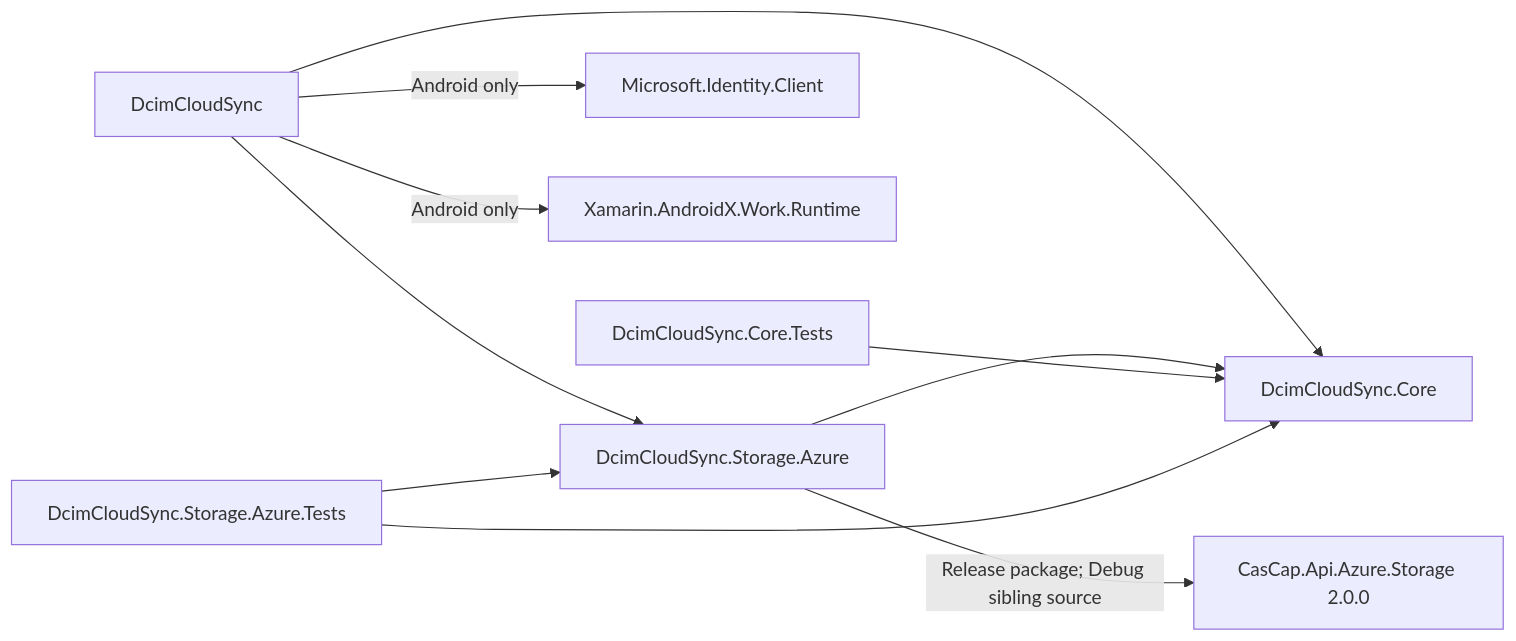
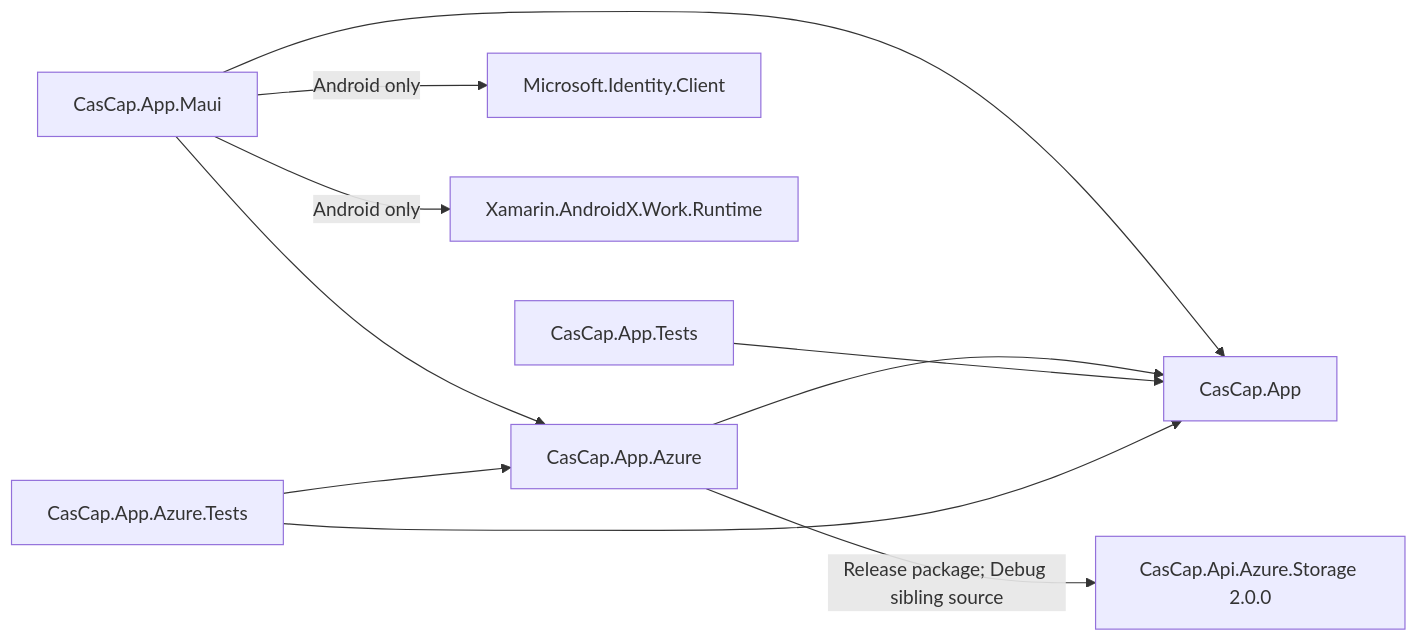
Before and after one commit to f2calv/android-dcim-cloud-sync: the second of 3 diagrams in docs/architecture.md, drawn with Mermaid. The commit also changed other lines of this file and 113 other files, not shown here.

First line of the commit message:
refactor: move namespaces to CasCap and update project references

````diff
--- a/docs/architecture.md
+++ b/docs/architecture.md
@@ -32,12 +32,12 @@
 ```mermaid
 graph LR
-    App["DcimCloudSync"] --> Core["DcimCloudSync.Core"]
-    App --> Azure["DcimCloudSync.Storage.Azure"]
+    App["CasCap.App.Maui"] --> Core["CasCap.App"]
+    App --> Azure["CasCap.App.Azure"]
     App -->|Android only| Msal["Microsoft.Identity.Client"]
     App -->|Android only| Work["Xamarin.AndroidX.Work.Runtime"]
     Azure --> Core
     Azure -->|Release package; Debug sibling source| Library["CasCap.Api.Azure.Storage 2.0.0"]
-    CoreTests["DcimCloudSync.Core.Tests"] --> Core
-    AzureTests["DcimCloudSync.Storage.Azure.Tests"] --> Azure
+    CoreTests["CasCap.App.Tests"] --> Core
+    AzureTests["CasCap.App.Azure.Tests"] --> Azure
     AzureTests --> Core
 ```
````
